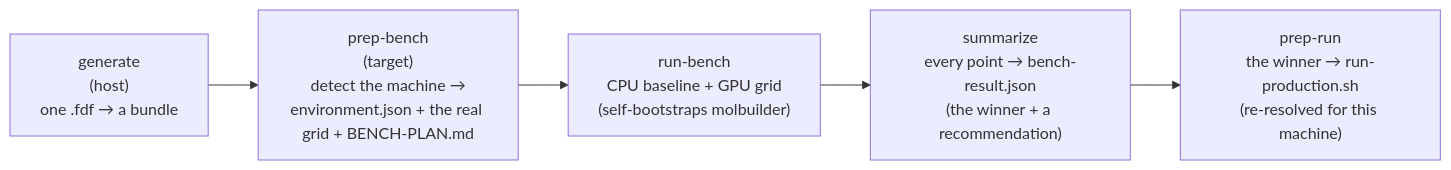
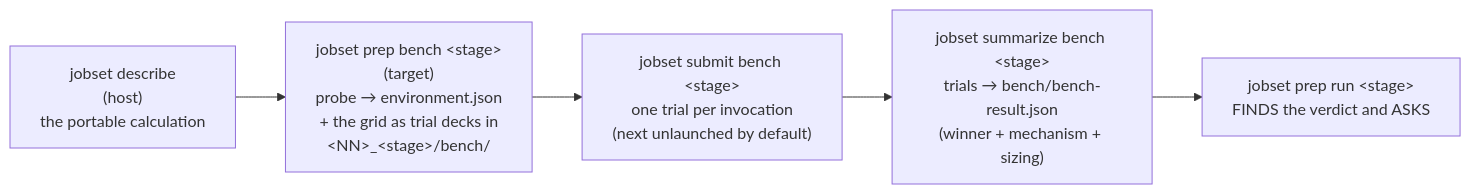
Before and after one commit to Qing-LAB/molbuilder: the ninth of 9 diagrams in docs/execution/job-system.md, drawn with Mermaid. The commit also changed other lines of this file and 7 other files, not shown here.

````diff
--- a/docs/execution/job-system.md
+++ b/docs/execution/job-system.md
@@ -1077,9 +1078,9 @@
 ```mermaid
 flowchart LR
-    G["generate<br/>(host)<br/>one .fdf → a bundle"]
-    P["prep-bench<br/>(target)<br/>detect the machine →<br/>environment.json + the real grid + BENCH-PLAN.md"]
-    R["run-bench<br/>CPU baseline + GPU grid<br/>(self-bootstraps molbuilder)"]
-    S["summarize<br/>every point → bench-result.json<br/>(the winner + a recommendation)"]
-    PR["prep-run<br/>the winner → run-production.sh<br/>(re-resolved for this machine)"]
-    G --> P --> R --> S --> PR
+    D["jobset describe<br/>(host)<br/>the portable calculation"]
+    P["jobset prep bench &lt;stage&gt;<br/>(target)<br/>probe → environment.json<br/>+ the grid as trial decks in<br/>&lt;NN&gt;_&lt;stage&gt;/bench/"]
+    R["jobset submit bench &lt;stage&gt;<br/>one trial per invocation<br/>(next unlaunched by default)"]
+    S["jobset summarize bench &lt;stage&gt;<br/>trials → bench/bench-result.json<br/>(winner + mechanism + sizing)"]
+    PR["jobset prep run &lt;stage&gt;<br/>FINDS the verdict and ASKS"]
+    D --> P --> R --> S --> PR
 ```
````
